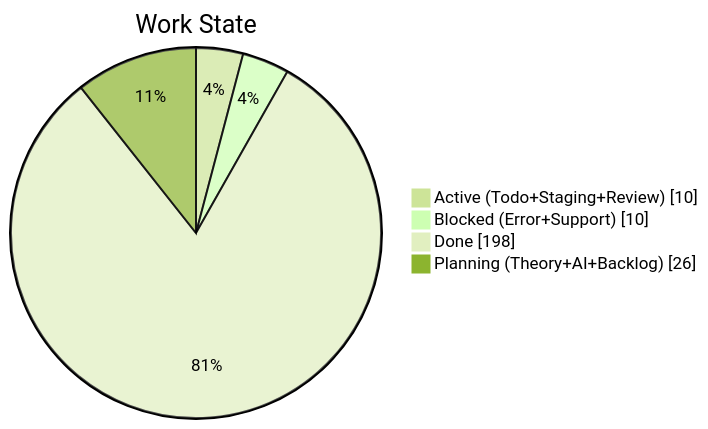
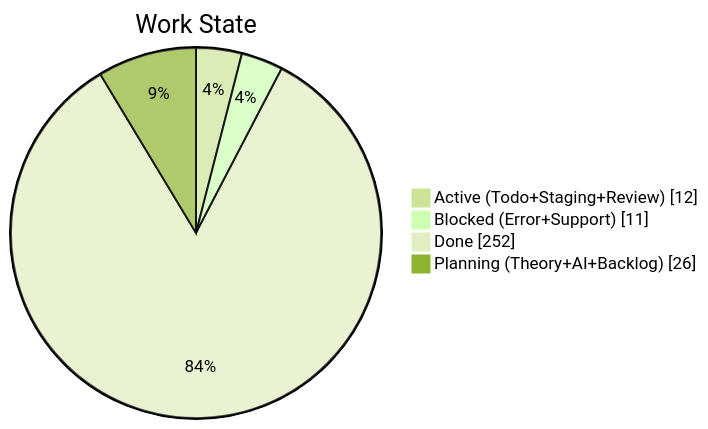
The second of 4 diagrams in apps/kbve/astro-kbve/src/content/docs/dashboard/kanban.mdx (KBVE/kbve), drawn with Mermaid (forest theme) before and after one commit. The commit also changed other lines of this file and 8 other files, not shown here.

````diff
--- a/apps/kbve/astro-kbve/src/content/docs/dashboard/kanban.mdx
+++ b/apps/kbve/astro-kbve/src/content/docs/dashboard/kanban.mdx
@@ -68,8 +68,8 @@
 ```mermaid
 pie showData
     title Work State
-    "Active (Todo+Staging+Review)" : 10
-    "Blocked (Error+Support)" : 10
-    "Done" : 198
+    "Active (Todo+Staging+Review)" : 12
+    "Blocked (Error+Support)" : 11
+    "Done" : 252
     "Planning (Theory+AI+Backlog)" : 26
 ```
````
